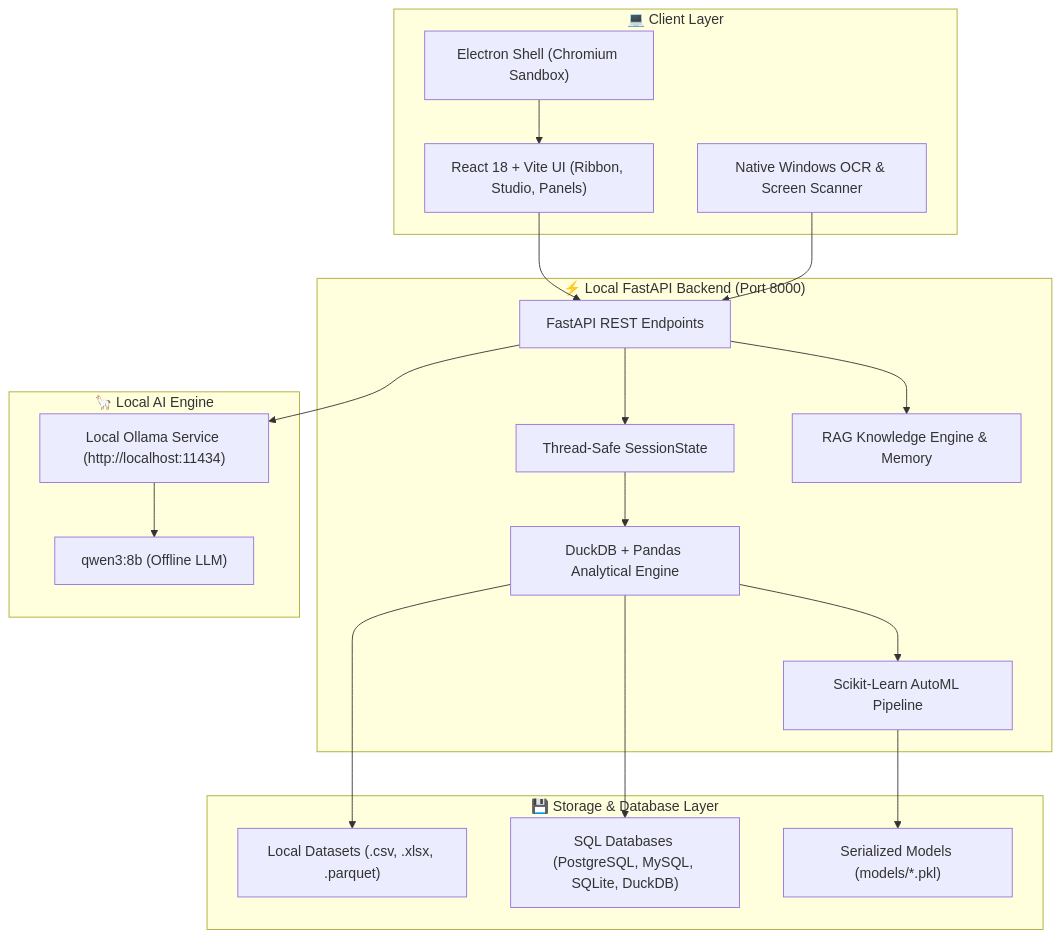
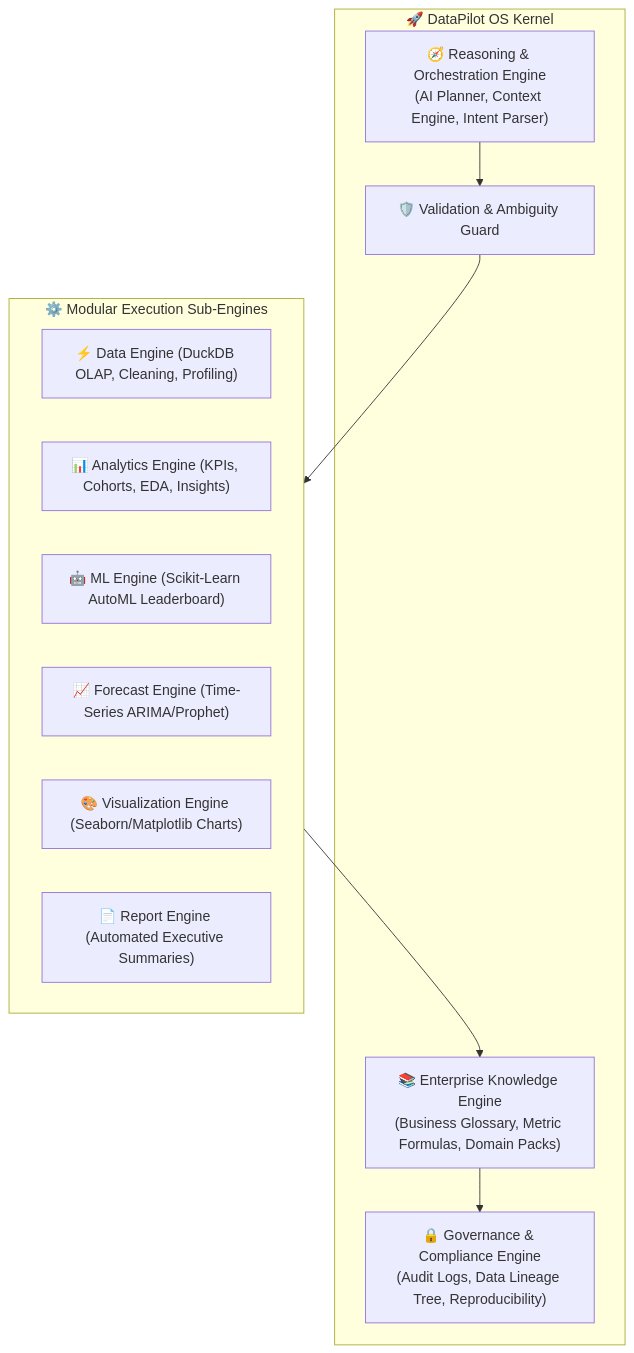
Before and after one commit to Akshitkumar23/DataPilot-OS: the second of 2 diagrams in README.md, drawn with Mermaid. The commit also changed other lines of this file and 88 other files, not shown here.

Commit message:
Implement full-stack DataPilot OS architecture with React frontend and modular Python backend services

````diff
--- a/README.md
+++ b/README.md
@@ -29,40 +69,23 @@
 ```mermaid
 flowchart TD
-    subgraph Client["💻 Client Layer"]
-        Electron["Electron Shell (Chromium Sandbox)"]
-        UI["React 18 + Vite UI (Ribbon, Studio, Panels)"]
-        OCR["Native Windows OCR & Screen Scanner"]
+    subgraph CoreKernel["🚀 DataPilot OS Kernel"]
+        ReasoningEng["🧭 Reasoning & Orchestration Engine\n(AI Planner, Context Engine, Intent Parser)"]
+        ValGuard["🛡️ Validation & Ambiguity Guard"]
+        KnowledgeEng["📚 Enterprise Knowledge Engine\n(Business Glossary, Metric Formulas, Domain Packs)"]
+        GovEngine["🔒 Governance & Compliance Engine\n(Audit Logs, Data Lineage Tree, Reproducibility)"]
     end
 
-    subgraph Server["⚡ Local FastAPI Backend (Port 8000)"]
-        API["FastAPI REST Endpoints"]
-        State["Thread-Safe SessionState"]
-        Engine["DuckDB + Pandas Analytical Engine"]
-        ML["Scikit-Learn AutoML Pipeline"]
-        RAG["RAG Knowledge Engine & Memory"]
+    subgraph ExecutionSubEngines["⚙️ Modular Execution Sub-Engines"]
+        DataSub["⚡ Data Engine (DuckDB OLAP, Cleaning, Profiling)"]
+        AnalyticsSub["📊 Analytics Engine (KPIs, Cohorts, EDA, Insights)"]
+        MLSub["🤖 ML Engine (Scikit-Learn AutoML Leaderboard)"]
+        ForecastSub["📈 Forecast Engine (Time-Series ARIMA/Prophet)"]
+        VizSub["🎨 Visualization Engine (Seaborn/Matplotlib Charts)"]
+        ReportSub["📄 Report Engine (Automated Executive Summaries)"]
     end
 
-    subgraph LLM["🦙 Local AI Engine"]
-        Ollama["Local Ollama Service (http://localhost:11434)"]
-        Model["qwen3:8b (Offline LLM)"]
-    end
-
-    subgraph Data["💾 Storage & Database Layer"]
-        LocalFiles["Local Datasets (.csv, .xlsx, .parquet)"]
-        SQLDB["SQL Databases (PostgreSQL, MySQL, SQLite, DuckDB)"]
-        MLModels["Serialized Models (models/*.pkl)"]
-    end
-
-    Electron --> UI
-    UI --> API
-    OCR --> API
-    API --> State
-    State --> Engine
-    Engine --> ML
-    API --> RAG
-    API --> Ollama
-    Ollama --> Model
-    Engine --> LocalFiles
-    Engine --> SQLDB
-    ML --> MLModels
+    ReasoningEng --> ValGuard
+    ValGuard --> ExecutionSubEngines
+    ExecutionSubEngines --> KnowledgeEng
+    KnowledgeEng --> GovEngine
 ```
````
